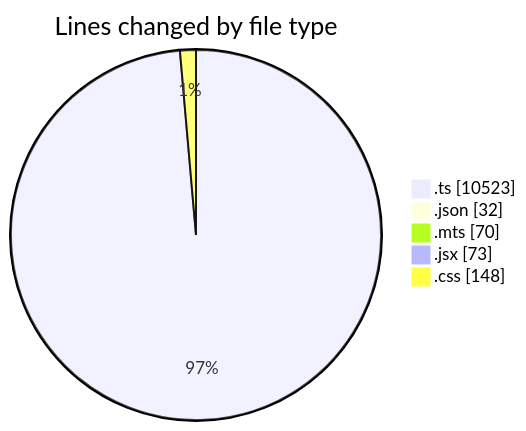
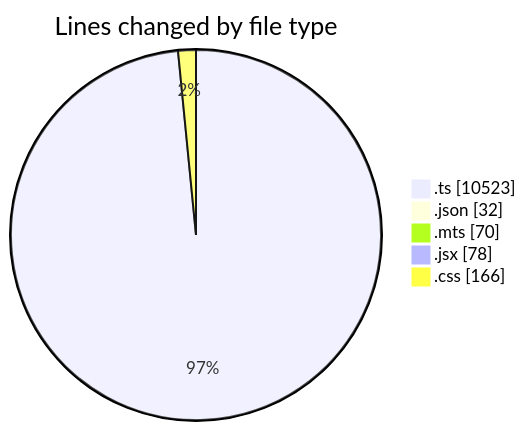
One commit to Ritupan-Deka/code-tracking changed the first of 2 diagrams in 2025-05-25/projects/README.md. Above: the diagram before and after it, drawn with Mermaid. The commit also changed other lines of this file and 1 other file, not shown here.

````diff
--- a/2025-05-25/projects/README.md
+++ b/2025-05-25/projects/README.md
@@ -51,9 +51,9 @@
 ```mermaid
 pie showData
 title Lines changed by file type
 ".ts" : 10523
 ".json" : 32
 ".mts" : 70
-".jsx" : 73
-".css" : 148
+".jsx" : 78
+".css" : 166
 ```
````
